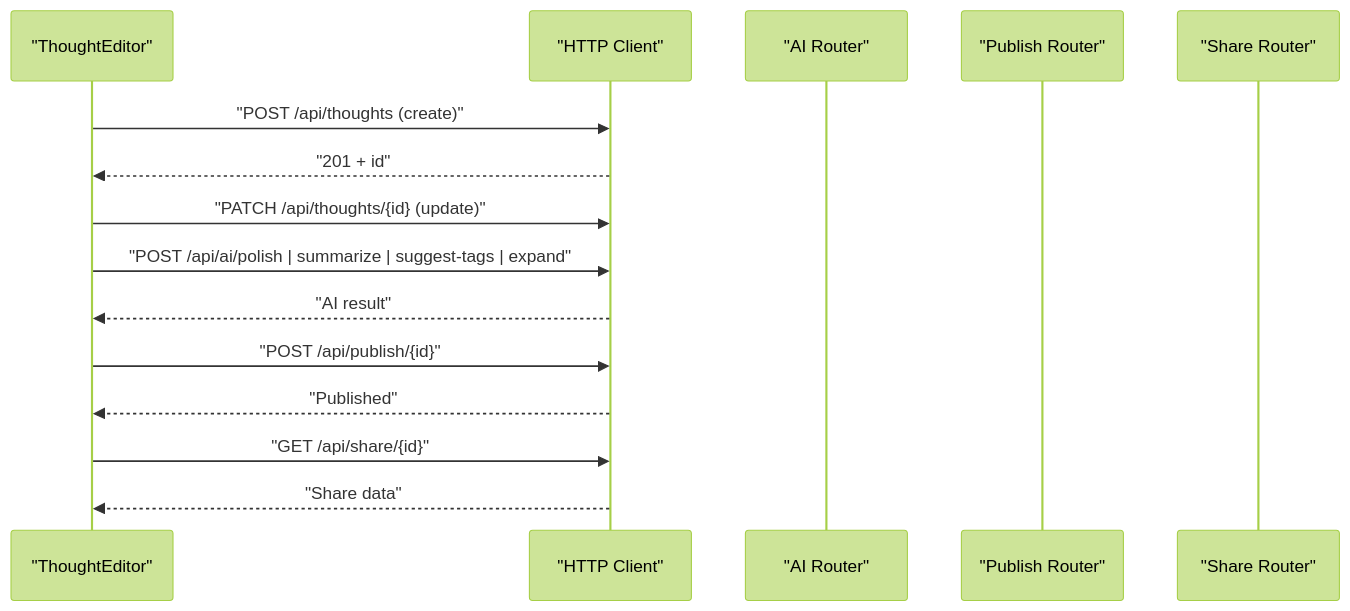
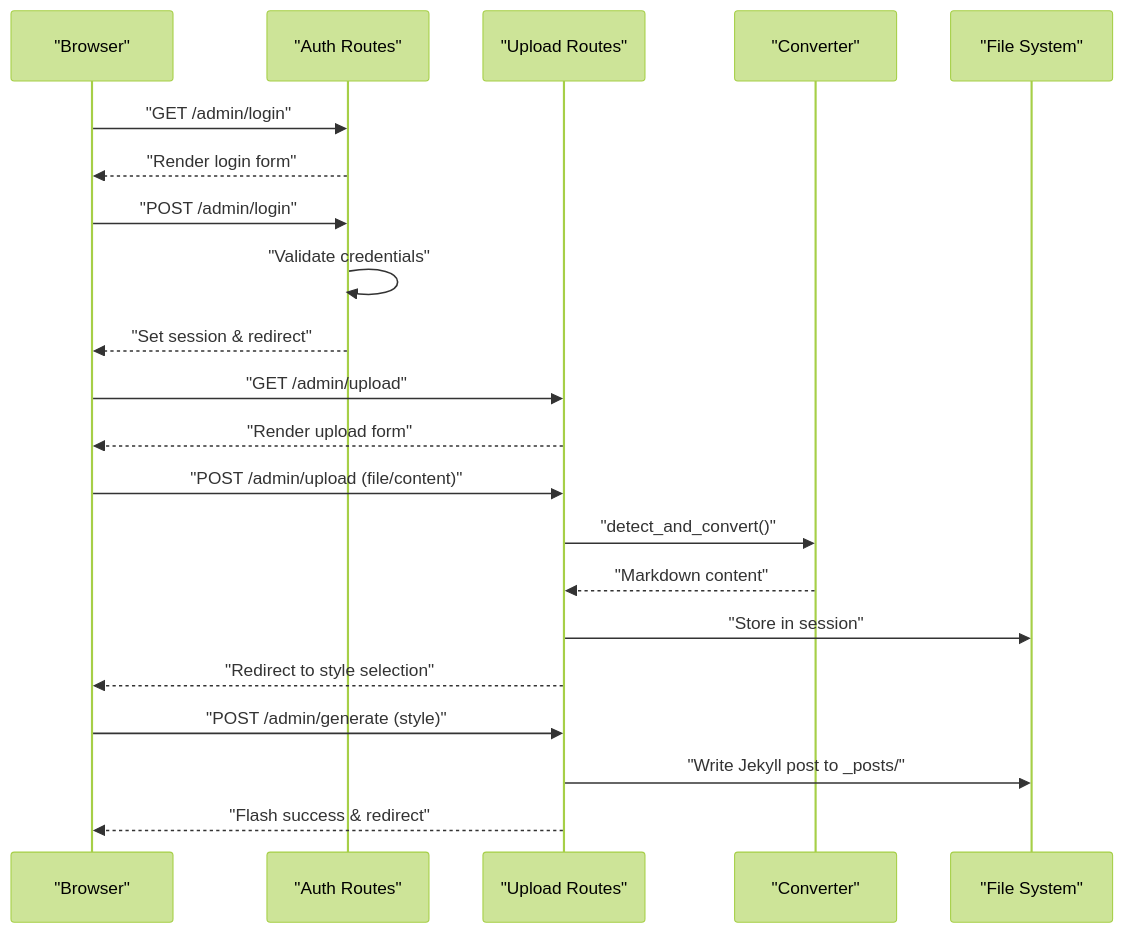
The second of 2 diagrams in .qoder/repowiki/en/content/Frontend Application/Thought Management.md (PolarisW007/PolaZhenJing), drawn with Mermaid (forest theme) before and after one commit. The commit also changed other lines of this file and 153 other files, not shown here.

````diff
--- a/.qoder/repowiki/en/content/Frontend Application/Thought Management.md
+++ b/.qoder/repowiki/en/content/Frontend Application/Thought Management.md
@@ -187,17 +127,23 @@
 ```mermaid
 sequenceDiagram
-participant Editor as "ThoughtEditor"
-participant HTTP as "HTTP Client"
-participant AI as "AI Router"
-participant Pub as "Publish Router"
-participant Share as "Share Router"
-Editor->>HTTP : "POST /api/thoughts (create)"
-HTTP-->>Editor : "201 + id"
-Editor->>HTTP : "PATCH /api/thoughts/{id} (update)"
-Editor->>HTTP : "POST /api/ai/polish | summarize | suggest-tags | expand"
-HTTP-->>Editor : "AI result"
-Editor->>HTTP : "POST /api/publish/{id}"
-HTTP-->>Editor : "Published"
-Editor->>HTTP : "GET /api/share/{id}"
-HTTP-->>Editor : "Share data"
+participant User as "Browser"
+participant Auth as "Auth Routes"
+participant Upload as "Upload Routes"
+participant Conv as "Converter"
+participant FS as "File System"
+User->>Auth : "GET /admin/login"
+Auth-->>User : "Render login form"
+User->>Auth : "POST /admin/login"
+Auth->>Auth : "Validate credentials"
+Auth-->>User : "Set session & redirect"
+User->>Upload : "GET /admin/upload"
+Upload-->>User : "Render upload form"
+User->>Upload : "POST /admin/upload (file/content)"
+Upload->>Conv : "detect_and_convert()"
+Conv-->>Upload : "Markdown content"
+Upload->>FS : "Store in session"
+Upload-->>User : "Redirect to style selection"
+User->>Upload : "POST /admin/generate (style)"
+Upload->>FS : "Write Jekyll post to _posts/"
+Upload-->>User : "Flash success & redirect"
 ```
````
